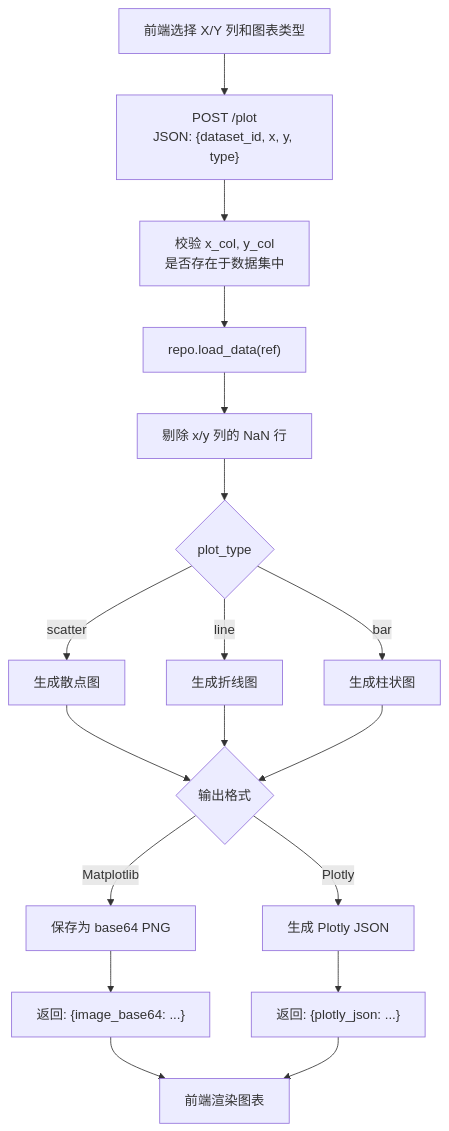
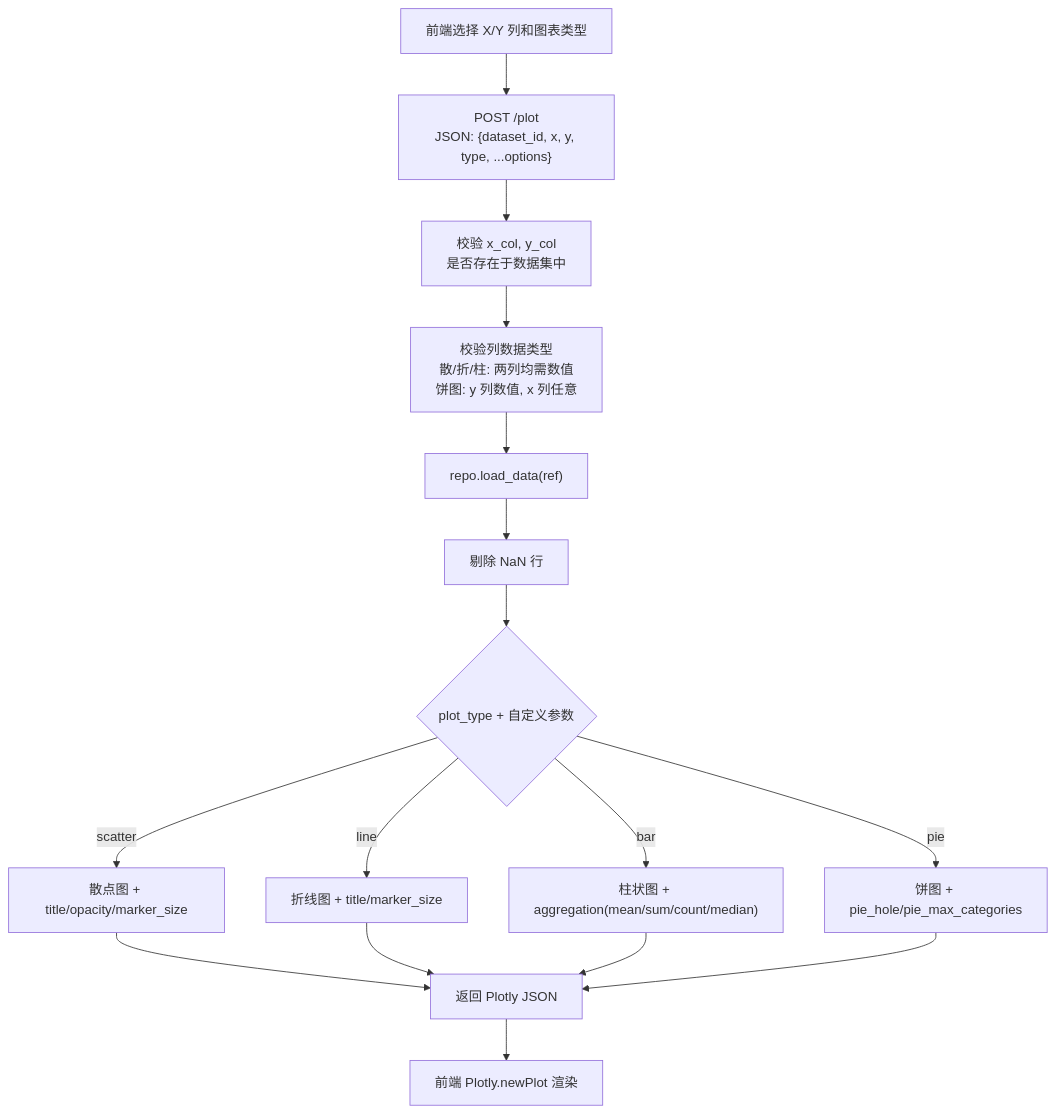
Before and after one commit to HuayiDudu/Interactive-Data-Analysis-System: the diagram in docs/3-可视化模块/开发文档.md, drawn with Mermaid. The commit also changed other lines of this file and 13 other files, not shown here.

````diff
--- a/docs/3-可视化模块/开发文档.md
+++ b/docs/3-可视化模块/开发文档.md
@@ -51,20 +49,18 @@
 ```mermaid
 flowchart TD
-    A["前端选择 X/Y 列和图表类型"] --> B["POST /plot<br/>JSON: {dataset_id, x, y, type}"]
+    A["前端选择 X/Y 列和图表类型"] --> B["POST /plot<br/>JSON: {dataset_id, x, y, type, ...options}"]
     B --> C["校验 x_col, y_col<br/>是否存在于数据集中"]
-    C --> D["repo.load_data(ref)"]
-    D --> E["剔除 x/y 列的 NaN 行"]
-    E --> F{"plot_type"}
-    F -->|scatter| G["生成散点图"]
-    F -->|line| H["生成折线图"]
-    F -->|bar| I["生成柱状图"]
-    G --> J{"输出格式"}
-    H --> J
-    I --> J
-    J -->|Matplotlib| K["保存为 base64 PNG"]
-    J -->|Plotly| L["生成 Plotly JSON"]
-    K --> M["返回: {image_base64: ...}"]
-    L --> N["返回: {plotly_json: ...}"]
-    M --> O["前端渲染图表"]
-    N --> O
+    C --> D["校验列数据类型<br/>散/折/柱: 两列均需数值<br/>饼图: y 列数值, x 列任意"]
+    D --> E["repo.load_data(ref)"]
+    E --> F["剔除 NaN 行"]
+    F --> G{"plot_type + 自定义参数"}
+    G -->|scatter| H["散点图 + title/opacity/marker_size"]
+    G -->|line| I["折线图 + title/marker_size"]
+    G -->|bar| J["柱状图 + aggregation(mean/sum/count/median)"]
+    G -->|pie| K["饼图 + pie_hole/pie_max_categories"]
+    H --> L["返回 Plotly JSON"]
+    I --> L
+    J --> L
+    K --> L
+    L --> M["前端 Plotly.newPlot 渲染"]
 ```
````
